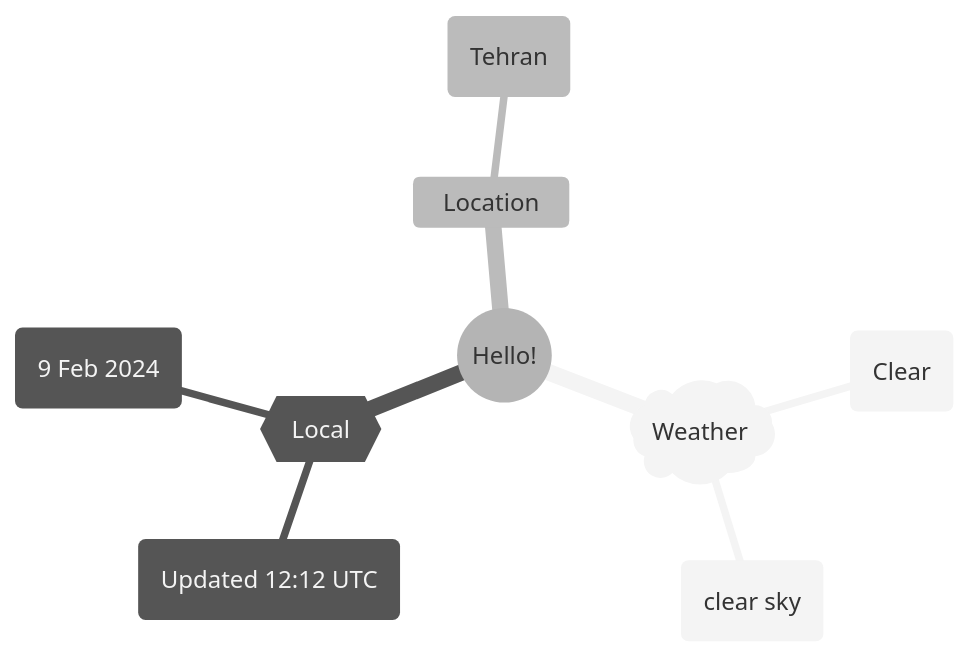
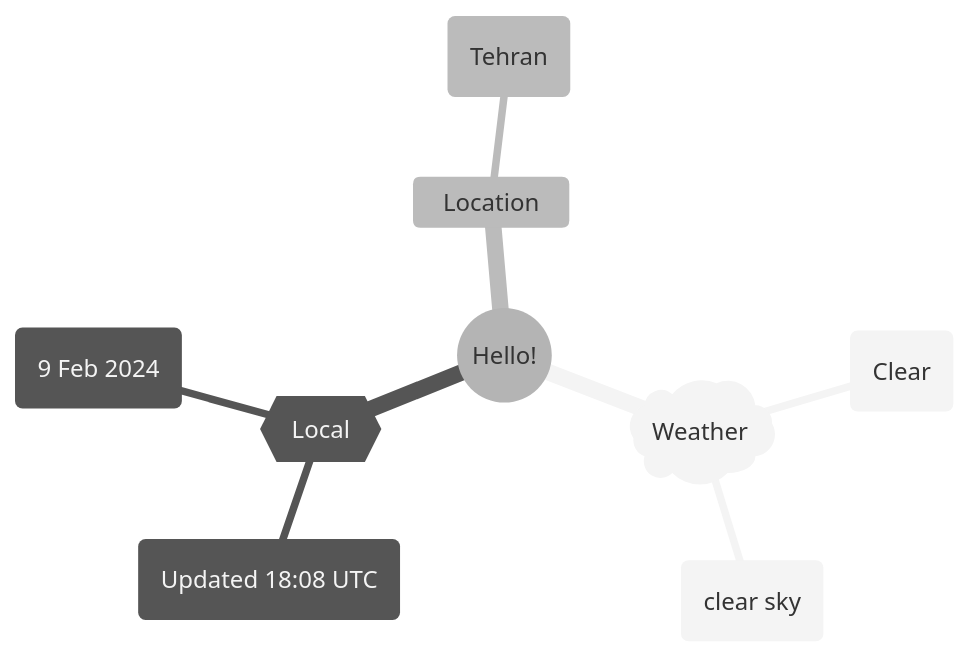
Before and after one commit to Xosrov/Xosrov: the first of 2 diagrams in README.md, drawn with Mermaid (neutral theme).

Commit message:
[bot] updated images

````diff
--- a/README.md
+++ b/README.md
@@ -3,12 +3,12 @@
 ```mermaid
 mindmap
   root((Hello!))
     )Weather(
         (Clear)
         (clear sky)
     {{Local}}
-        (Updated 12:12 UTC)
+        (Updated 18:08 UTC)
         (9 Feb 2024)
     Location
         (Tehran)
 ```
````
